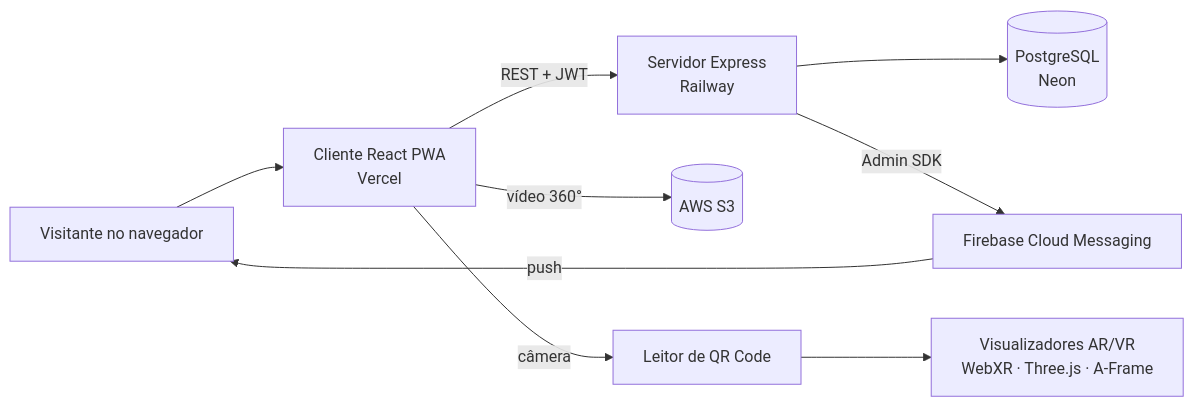
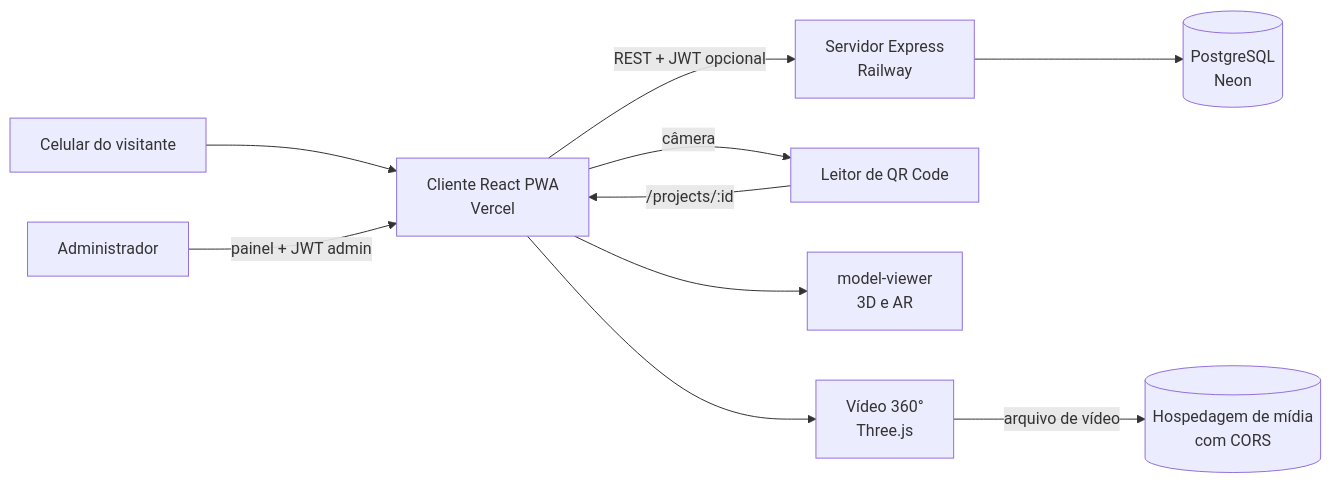
One commit to EttoreCSenatore/varhub-client changed the first of 2 diagrams in website/docs/tecnico/arquitetura.md. Above: the diagram before and after it, drawn with Mermaid. The commit also changed other lines of this file and 375 other files, not shown here.

````diff
--- a/website/docs/tecnico/arquitetura.md
+++ b/website/docs/tecnico/arquitetura.md
@@ -11,11 +11,12 @@
 ```mermaid
 flowchart LR
-  U[Visitante no navegador] --> C[Cliente React PWA<br/>Vercel]
-  C -- REST + JWT --> S[Servidor Express<br/>Railway]
+  P[Celular do visitante] --> C[Cliente React PWA<br/>Vercel]
+  C -- REST + JWT opcional --> S[Servidor Express<br/>Railway]
   S --> DB[(PostgreSQL<br/>Neon)]
-  S -- Admin SDK --> FCM[Firebase Cloud Messaging]
-  FCM -- push --> U
-  C -- vídeo 360° --> S3[(AWS S3)]
   C -- câmera --> QR[Leitor de QR Code]
-  QR --> AR[Visualizadores AR/VR<br/>WebXR · Three.js · A-Frame]
+  QR -- /projects/:id --> C
+  C --> MV[model-viewer<br/>3D e AR]
+  C --> V360[Vídeo 360°<br/>Three.js]
+  V360 -- arquivo de vídeo --> M[(Hospedagem de mídia<br/>com CORS)]
+  A[Administrador] -- painel + JWT admin --> C
 ```
````
